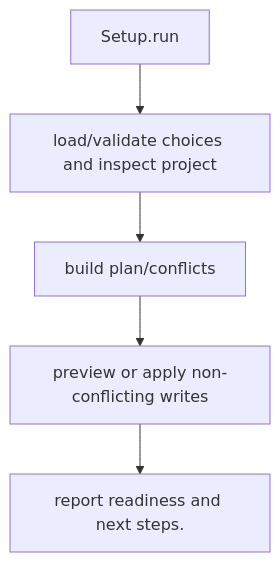
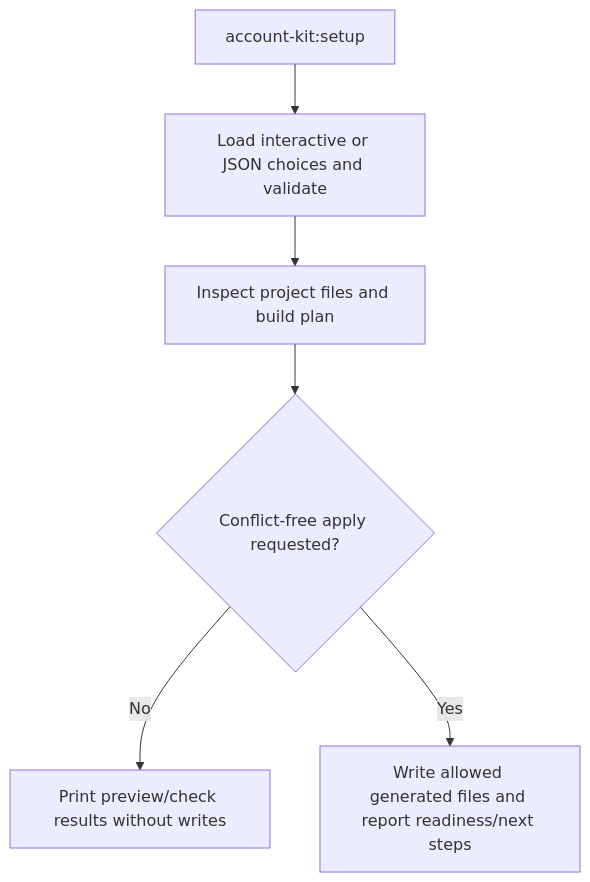
The second of 2 diagrams in user-stories/US-ACCOUNT-31-configure-account-kit.md (Kevinjohn/oss-adonisjs-account-kit), drawn with Mermaid before and after one commit. The commit also changed other lines of this file and 29 other files, not shown here.

````diff
--- a/user-stories/US-ACCOUNT-31-configure-account-kit.md
+++ b/user-stories/US-ACCOUNT-31-configure-account-kit.md
@@ -33,12 +32,8 @@
 ```mermaid
 flowchart TD
-    C0["Setup.run"]
-    C1["load/validate choices and inspect project"]
-    C0 --> C1
-    C2["build plan/conflicts"]
-    C1 --> C2
-    C3["preview or apply non-conflicting writes"]
-    C2 --> C3
-    C4["report readiness and next steps."]
-    C3 --> C4
+ A["account-kit:setup"] --> B["Load interactive or JSON choices and validate"]
+ B --> C["Inspect project files and build plan"]
+ C --> D{"Conflict-free apply requested?"}
+ D -->|No| E["Print preview/check results without writes"]
+ D -->|Yes| F["Write allowed generated files and report readiness/next steps"]
 ```
````
